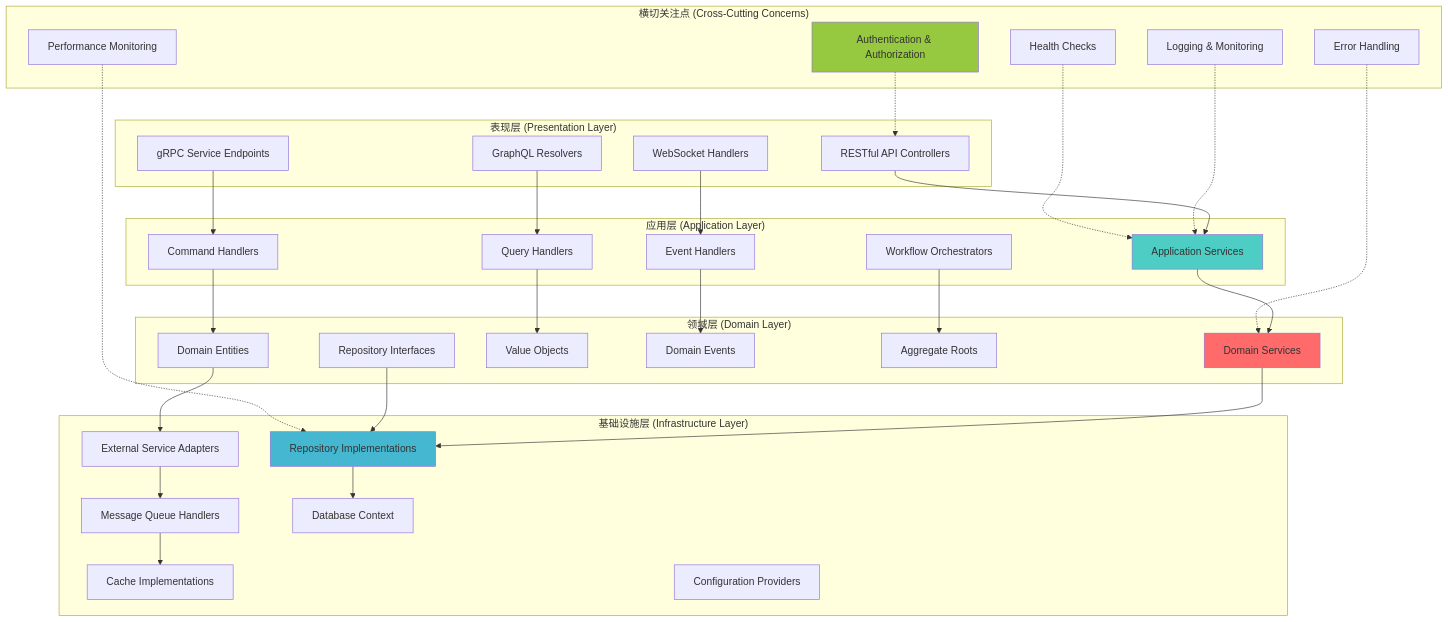
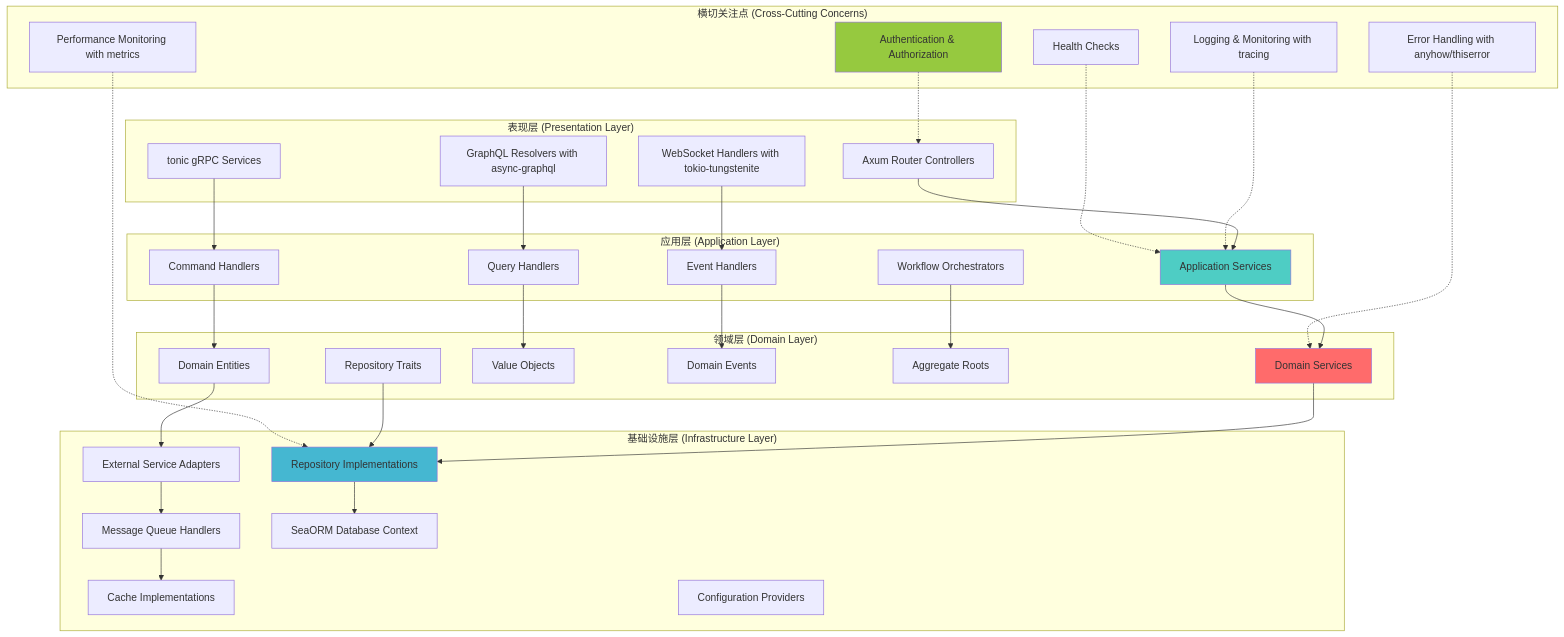
The fourth of 19 diagrams in docs_TecDesign/广告投放引擎/广告调度服务设计/广告调度服务技术架构设计.md (lornshrimp/Lorn.ADSP.Rust), drawn with Mermaid before and after one commit. The commit also changed other lines of this file and 8 other files, not shown here.

````diff
--- a/docs_TecDesign/广告投放引擎/广告调度服务设计/广告调度服务技术架构设计.md
+++ b/docs_TecDesign/广告投放引擎/广告调度服务设计/广告调度服务技术架构设计.md
@@ -191,73 +191,73 @@
 ```mermaid
 graph TB
     subgraph "表现层 (Presentation Layer)"
-        P1[RESTful API Controllers]
-        P2[gRPC Service Endpoints]
-        P3[GraphQL Resolvers]
-        P4[WebSocket Handlers]
+        P1[Axum Router Controllers]
+        P2[tonic gRPC Services]
+        P3[GraphQL Resolvers with async-graphql]
+        P4[WebSocket Handlers with tokio-tungstenite]
     end
     
     subgraph "应用层 (Application Layer)"
         A1[Application Services]
         A2[Command Handlers]
         A3[Query Handlers]
         A4[Event Handlers]
         A5[Workflow Orchestrators]
     end
     
     subgraph "领域层 (Domain Layer)"
         D1[Domain Services]
         D2[Domain Entities]
         D3[Value Objects]
         D4[Domain Events]
         D5[Aggregate Roots]
-        D6[Repository Interfaces]
+        D6[Repository Traits]
     end
     
     subgraph "基础设施层 (Infrastructure Layer)"
         I1[Repository Implementations]
         I2[External Service Adapters]
         I3[Message Queue Handlers]
         I4[Cache Implementations]
-        I5[Database Context]
+        I5[SeaORM Database Context]
         I6[Configuration Providers]
     end
     
     subgraph "横切关注点 (Cross-Cutting Concerns)"
         C1[Authentication & Authorization]
-        C2[Logging & Monitoring]
-        C3[Error Handling]
-        C4[Performance Monitoring]
+        C2[Logging & Monitoring with tracing]
+        C3[Error Handling with anyhow/thiserror]
+        C4[Performance Monitoring with metrics]
         C5[Health Checks]
     end
     
     P1 --> A1
     P2 --> A2
     P3 --> A3
     P4 --> A4
     
     A1 --> D1
     A2 --> D2
     A3 --> D3
     A4 --> D4
     A5 --> D5
     
     D1 --> I1
     D2 --> I2
     D6 --> I1
     
     I1 --> I5
     I2 --> I3
     I3 --> I4
     
     C1 -.-> P1
     C2 -.-> A1
     C3 -.-> D1
     C4 -.-> I1
     C5 -.-> A1
     
     style D1 fill:#ff6b6b
     style A1 fill:#4ecdc4
     style I1 fill:#45b7d1
     style C1 fill:#96c93f
 ```
````
